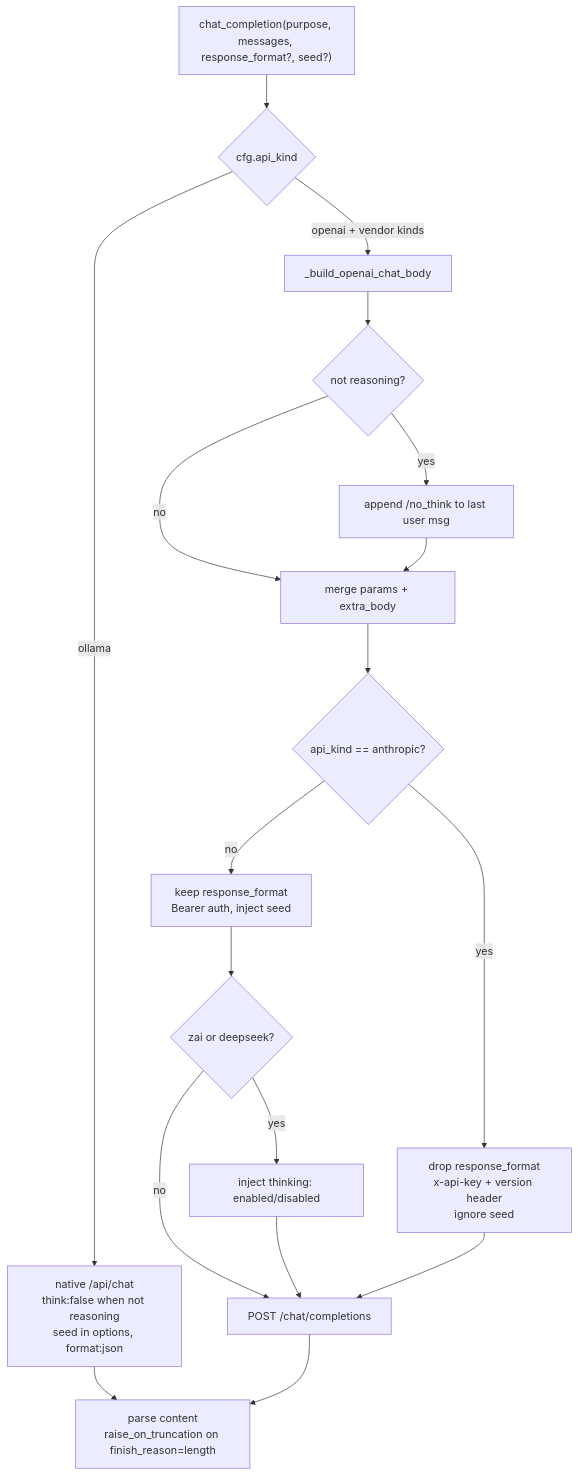
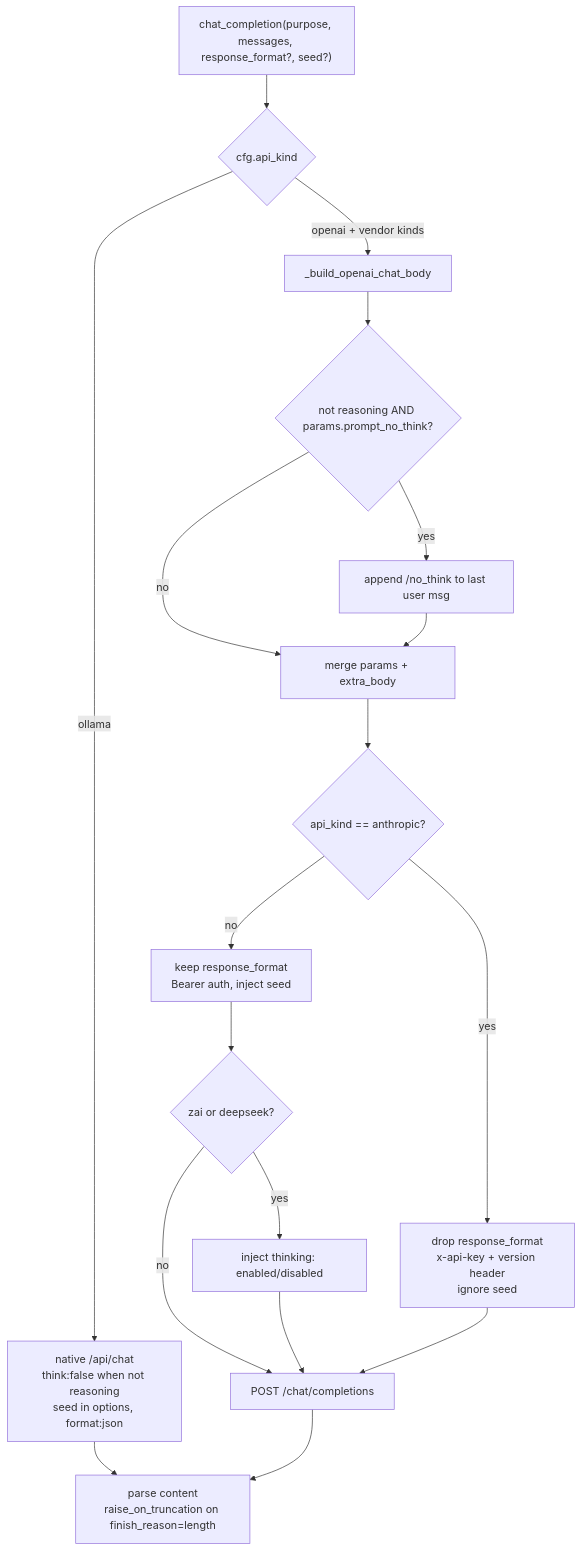
Before and after one commit to darkraise/darkmem: the fifth of 7 diagrams in docs/design/11-llm-orchestration.md, drawn with Mermaid. The commit also changed other lines of this file and 4 other files, not shown here.

````diff
--- a/docs/design/11-llm-orchestration.md
+++ b/docs/design/11-llm-orchestration.md
@@ -161,20 +182,20 @@
 ```mermaid
 flowchart TD
     C["chat_completion(purpose, messages, response_format?, seed?)"] --> K{"cfg.api_kind"}
     K -->|ollama| O["native /api/chat<br/>think:false when not reasoning<br/>seed in options, format:json"]
     K -->|"openai + vendor kinds"| B["_build_openai_chat_body"]
-    B --> R{"not reasoning?"}
+    B --> R{"not reasoning AND params.prompt_no_think?"}
     R -->|yes| NT["append /no_think to last user msg"]
     R -->|no| P["merge params + extra_body"]
     NT --> P
     P --> A{"api_kind == anthropic?"}
     A -->|yes| D["drop response_format<br/>x-api-key + version header<br/>ignore seed"]
     A -->|no| KP["keep response_format<br/>Bearer auth, inject seed"]
     KP --> T{"zai or deepseek?"}
     T -->|yes| TH["inject thinking: enabled/disabled"]
     T -->|no| POST["POST /chat/completions"]
     TH --> POST
     D --> POST
     O --> DONE["parse content<br/>raise_on_truncation on finish_reason=length"]
     POST --> DONE
 ```
````
